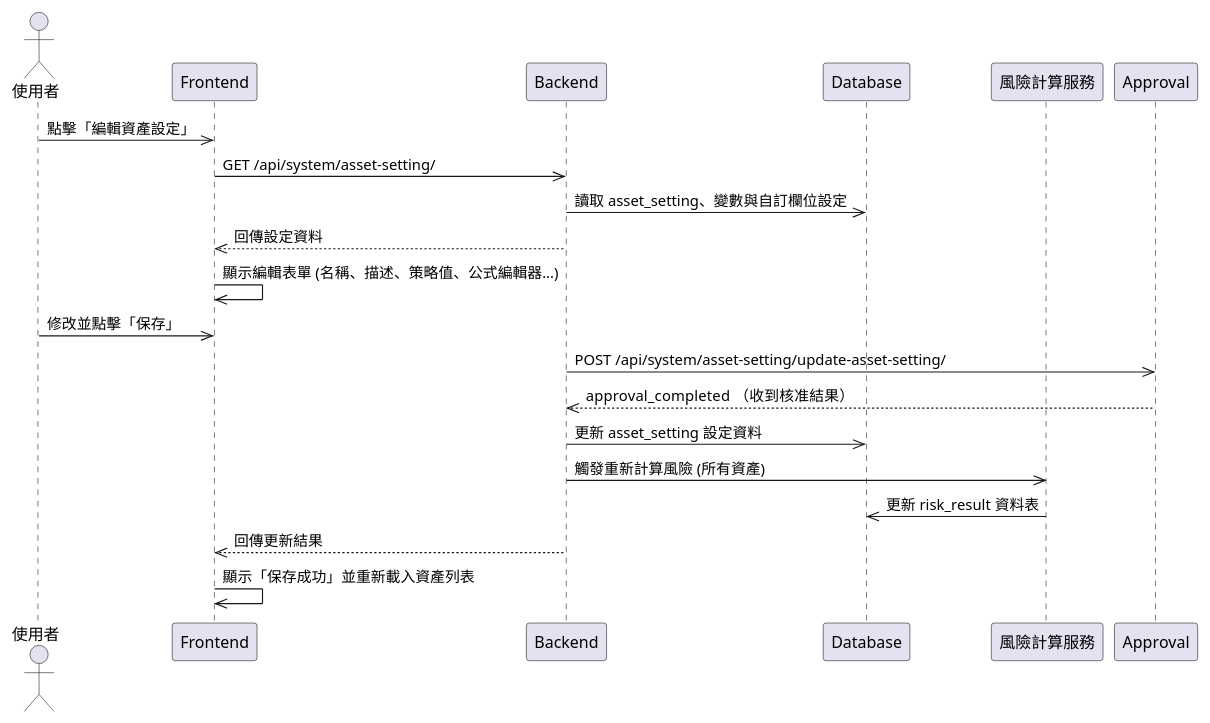
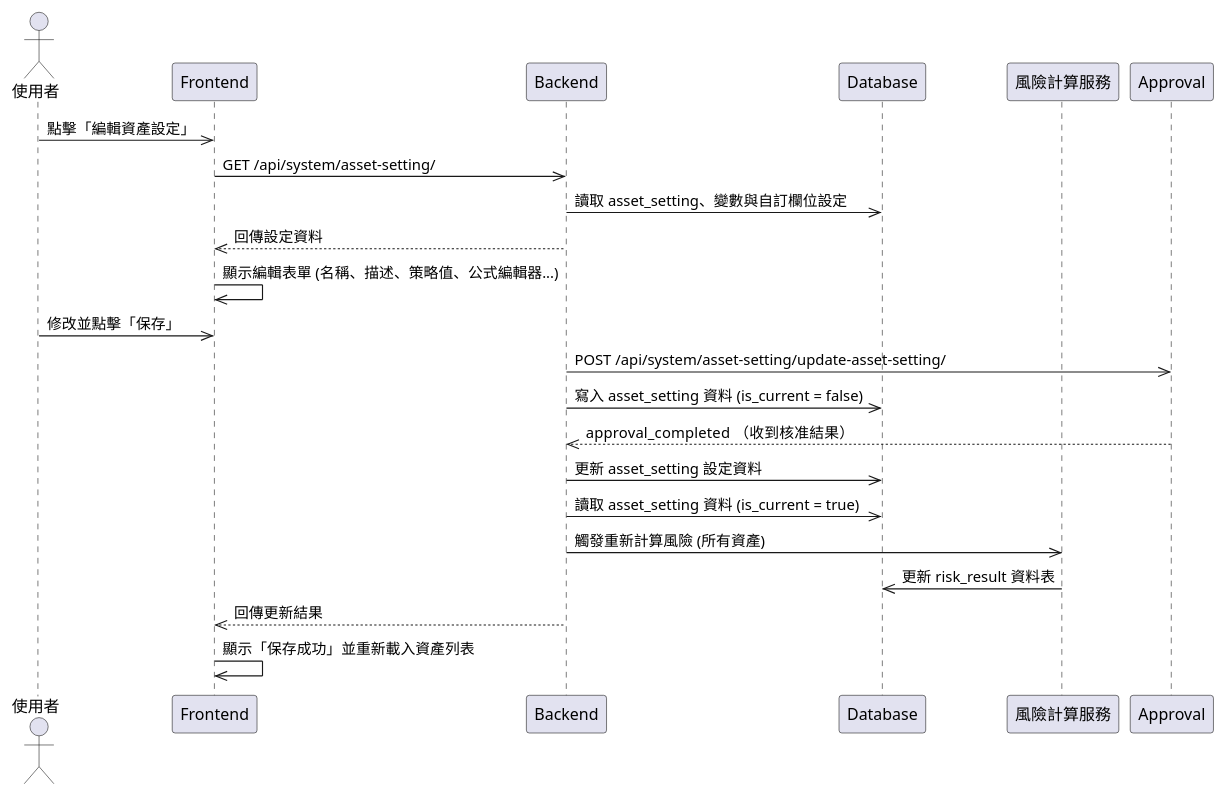
One commit to walle45611/NTUB_SecuManag_Diagram changed the diagram in mermaid/sequence/asset_setting_edit.puml. Above: the diagram before and after it, drawn with PlantUML.

Commit message:
feat: 更新資產設定編輯流程的序列圖，加入資料寫入與讀取步驟

```diff
--- a/mermaid/sequence/asset_setting_edit.puml
+++ b/mermaid/sequence/asset_setting_edit.puml
@@ -1,23 +1,26 @@
 @startuml
 actor User as "使用者"
 participant Frontend
 participant Backend
 participant Database
 participant Service as "風險計算服務"
 
 User ->> Frontend: 點擊「編輯資產設定」
 Frontend ->> Backend: GET /api/system/asset-setting/
 Backend ->> Database: 讀取 asset_setting、變數與自訂欄位設定
 Backend -->> Frontend: 回傳設定資料
 Frontend ->> Frontend: 顯示編輯表單 (名稱、描述、策略值、公式編輯器...)
 User ->> Frontend: 修改並點擊「保存」
-
 Backend ->> Approval: POST /api/system/asset-setting/update-asset-setting/
+Backend ->> Database: 寫入 asset_setting 資料 (is_current = false)
 Approval-->>Backend: approval_completed  （收到核准結果）
 
+
 Backend ->> Database: 更新 asset_setting 設定資料
+Backend ->> Database: 讀取 asset_setting 資料 (is_current = true)
+
 Backend ->> Service: 觸發重新計算風險 (所有資產)
 Service ->> Database: 更新 risk_result 資料表
 Backend -->> Frontend: 回傳更新結果
 Frontend ->> Frontend: 顯示「保存成功」並重新載入資產列表
 @enduml
```
